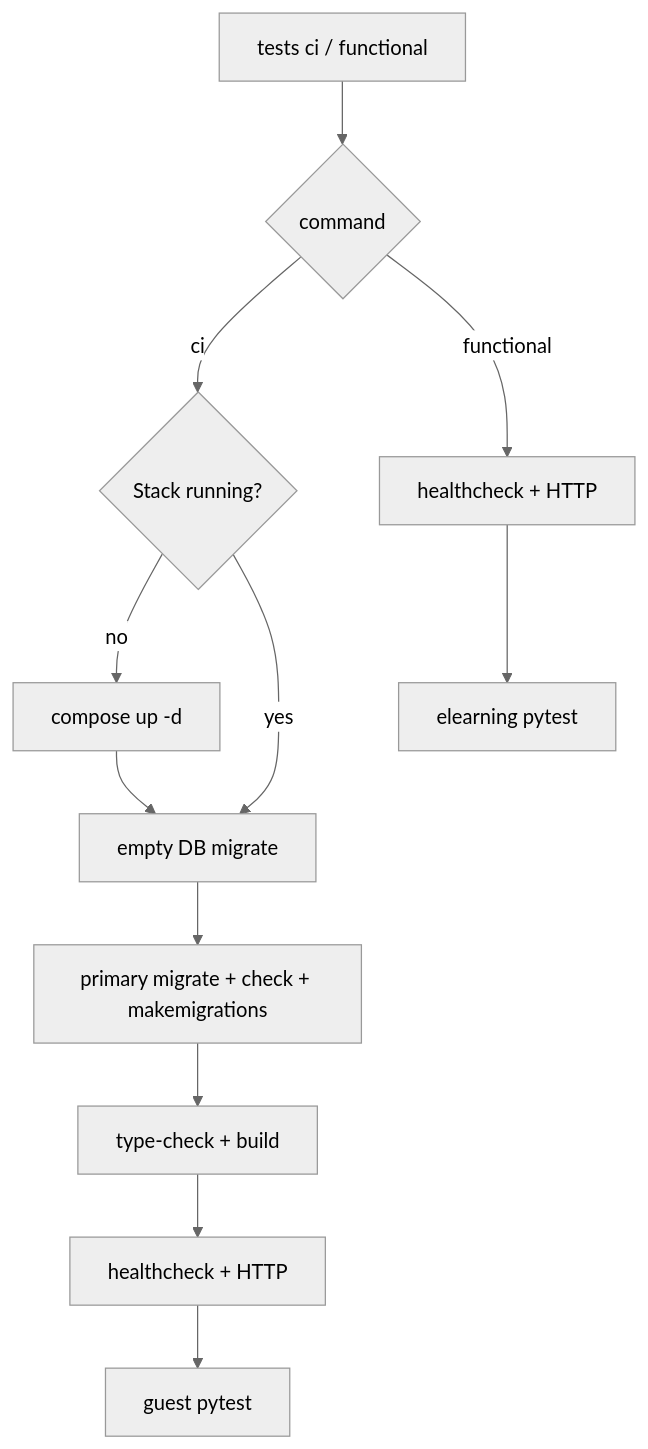
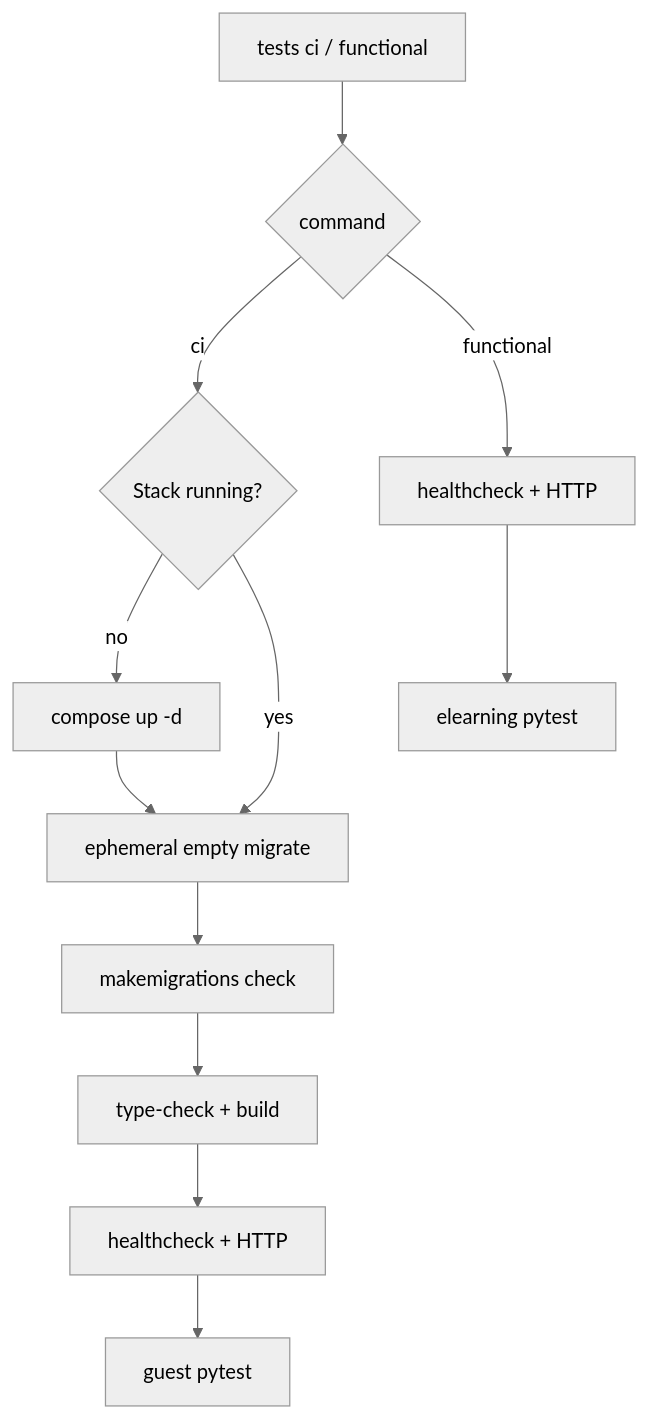
The diagram in docs/SMOKE_TESTS.md (catalpainternational/catalpa-workspace-tooling), drawn with Mermaid (neutral theme) before and after one commit. The commit also changed other lines of this file and 5 other files, not shown here.

First line of the commit message:
Make bare `tests ci` always empty-migrate; drop --ci flags.

````diff
--- a/docs/SMOKE_TESTS.md
+++ b/docs/SMOKE_TESTS.md
@@ -38,14 +45,14 @@
 ```mermaid
 flowchart TD
   start[tests ci / functional] --> mode{command}
   mode -->|ci| up{Stack running?}
   up -->|no| composeUp[compose up -d]
   up -->|yes| emptyMigrate
-  composeUp --> emptyMigrate[empty DB migrate]
-  emptyMigrate --> migrate[primary migrate + check + makemigrations]
-  migrate --> build[type-check + build]
+  composeUp --> emptyMigrate[ephemeral empty migrate]
+  emptyMigrate --> makemigrations[makemigrations check]
+  makemigrations --> build[type-check + build]
   build --> web[healthcheck + HTTP]
   web --> pytest[guest pytest]
   mode -->|functional| web2[healthcheck + HTTP]
   web2 --> pytestF[elearning pytest]
 ```
````
